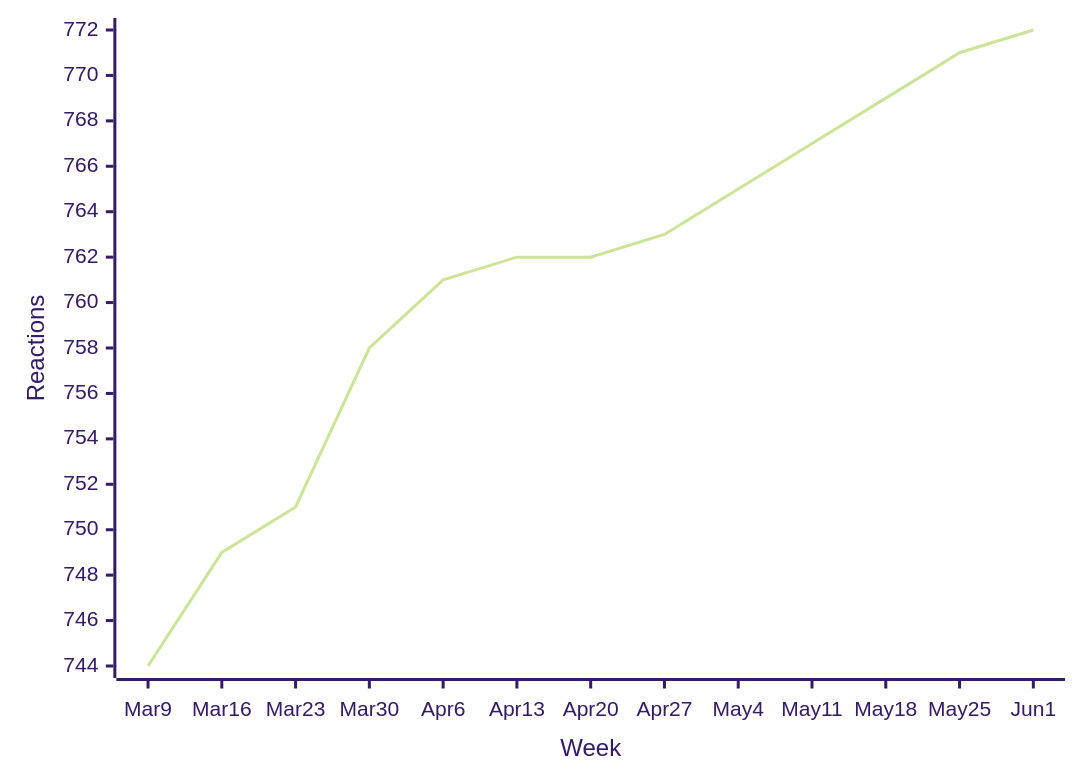
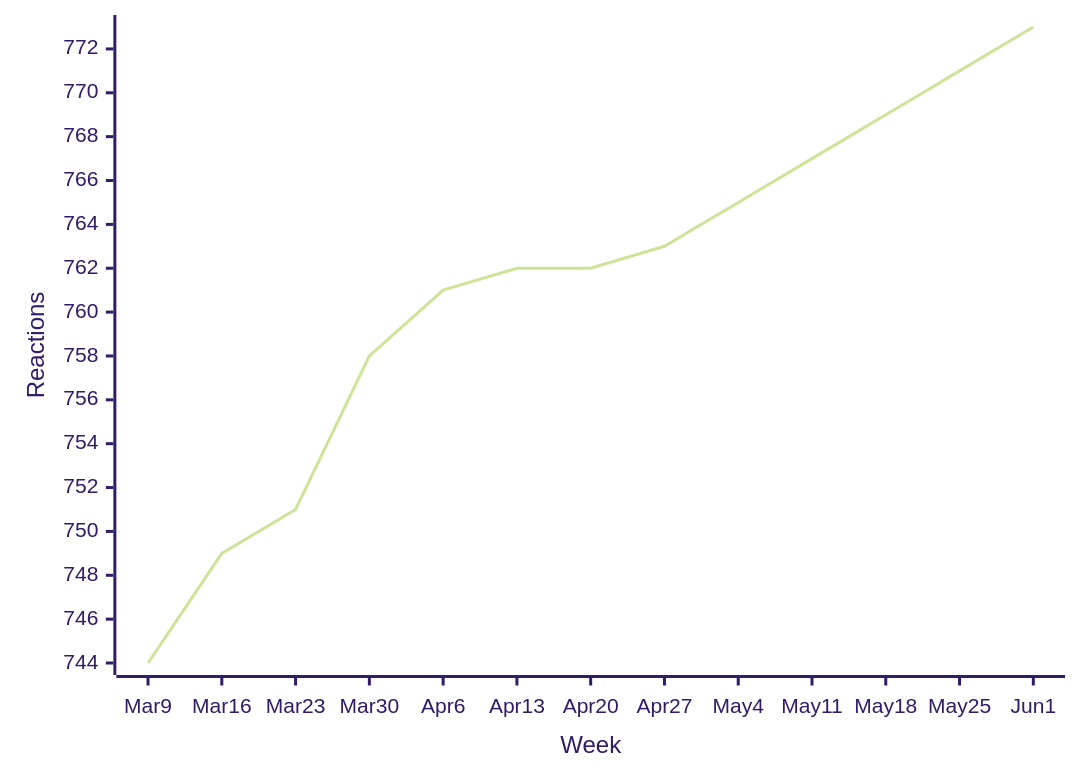
One commit to loic-sharma/github-insights changed the third of 44 diagrams in README.md. Above: the diagram before and after it, drawn with Mermaid (forest theme). The commit also changed other lines of this file and 3 other files, not shown here.

````diff
--- a/README.md
+++ b/README.md
@@ -373,6 +373,6 @@
   ```mermaid
   xychart-beta
     x-axis "Week" [Mar 9, Mar 16, Mar 23, Mar 30, Apr 6, Apr 13, Apr 20, Apr 27, May 4, May 11, May 18, May 25, Jun 1]
     y-axis "Reactions"
-    line [744, 749, 751, 758, 761, 762, 762, 763, 765, 767, 769, 771, 772]
+    line [744, 749, 751, 758, 761, 762, 762, 763, 765, 767, 769, 771, 773]
   ```
````
